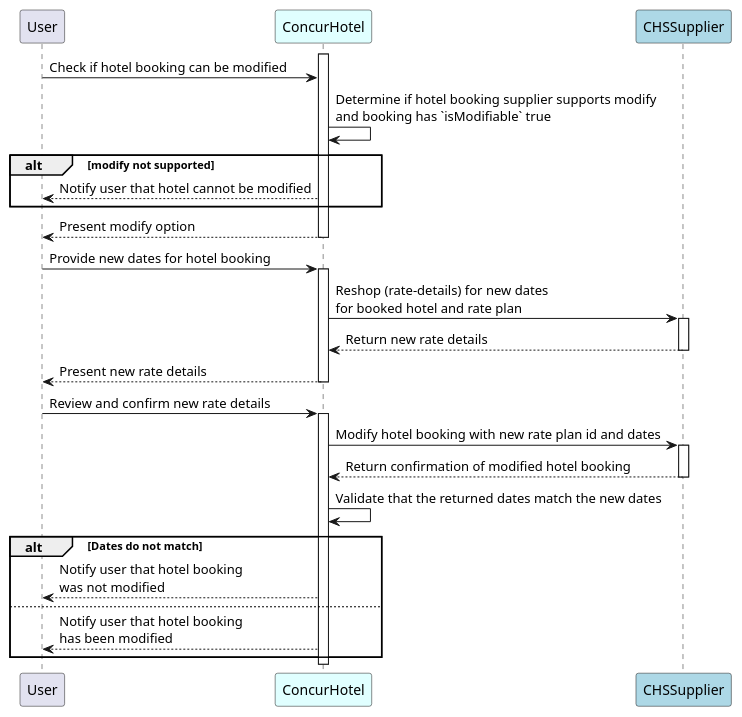
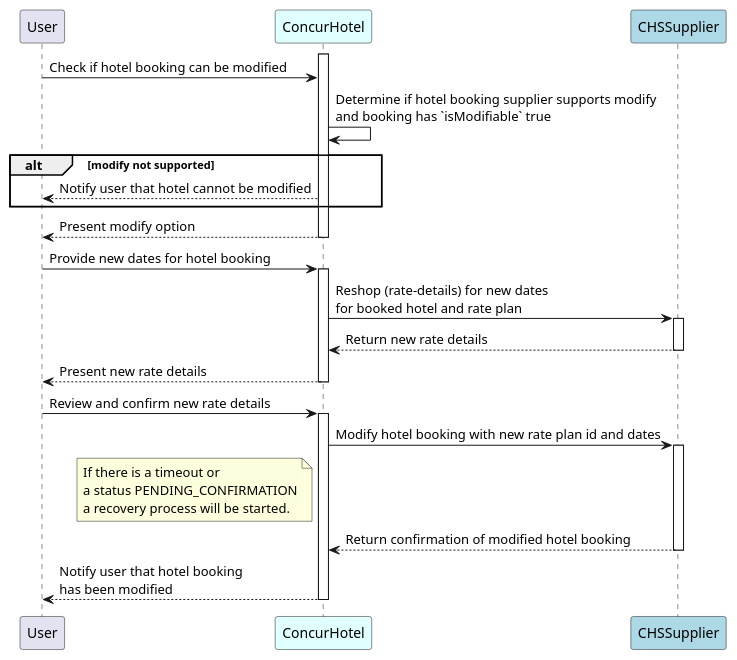
The diagram in src/api-reference/direct-connects/hotel-service-4/images/diagrams/hotel-modify.puml (SAP-docs/preview.developer.concur.com), drawn with PlantUML before and after one commit. The commit also changed 4 other files, not shown here.

```diff
--- a/src/api-reference/direct-connects/hotel-service-4/images/diagrams/hotel-modify.puml
+++ b/src/api-reference/direct-connects/hotel-service-4/images/diagrams/hotel-modify.puml
@@ -1,37 +1,33 @@
 @startuml hotel-modify
 
 participant "User" as user
 
 participant ConcurHotel as cHotel #Lightcyan
 participant "CHSSupplier" as supply #LightBlue
 
 activate cHotel
 user -> cHotel: Check if hotel booking can be modified
 cHotel -> cHotel:  Determine if hotel booking supplier supports modify\nand booking has `isModifiable` true
 alt modify not supported
      cHotel --> user: Notify user that hotel cannot be modified
 end
 cHotel --> user: Present modify option
 deactivate cHotel
 
 user -> cHotel++: Provide new dates for hotel booking
 cHotel -> supply++: Reshop (rate-details) for new dates\nfor booked hotel and rate plan
 supply --> cHotel--: Return new rate details
 cHotel --> user--: Present new rate details
 
 
 user -> cHotel++: Review and confirm new rate details
 
 cHotel -> supply++: Modify hotel booking with new rate plan id and dates
+note left of cHotel: If there is a timeout or\na status PENDING_CONFIRMATION\na recovery process will be started.
 supply --> cHotel--: Return confirmation of modified hotel booking
 
-cHotel -> cHotel: Validate that the returned dates match the new dates
-alt Dates do not match
-  cHotel -->user: Notify user that hotel booking\nwas not modified
-else
-  cHotel -->user: Notify user that hotel booking\nhas been modified
-end
+cHotel -->user: Notify user that hotel booking\nhas been modified
 deactivate cHotel
 
 
 @enduml
```
